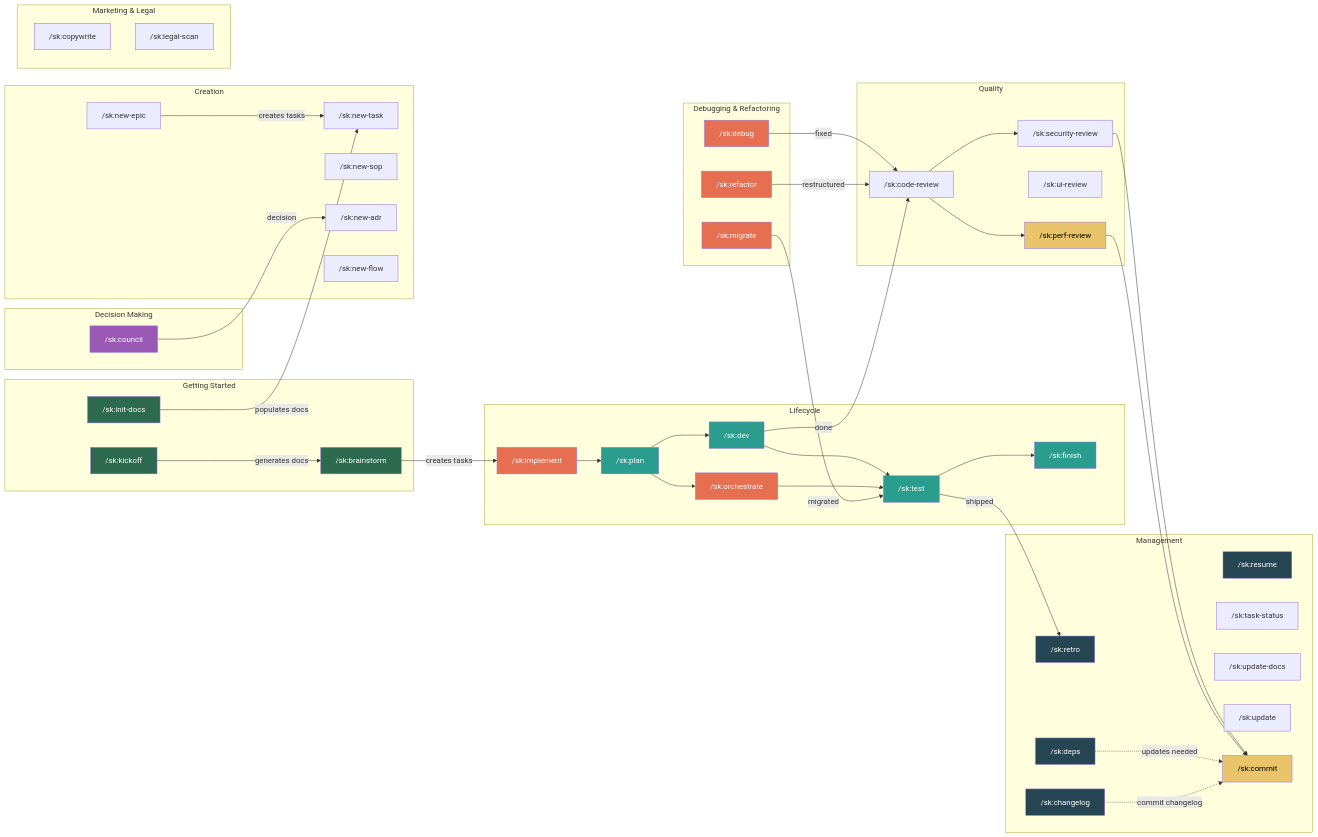
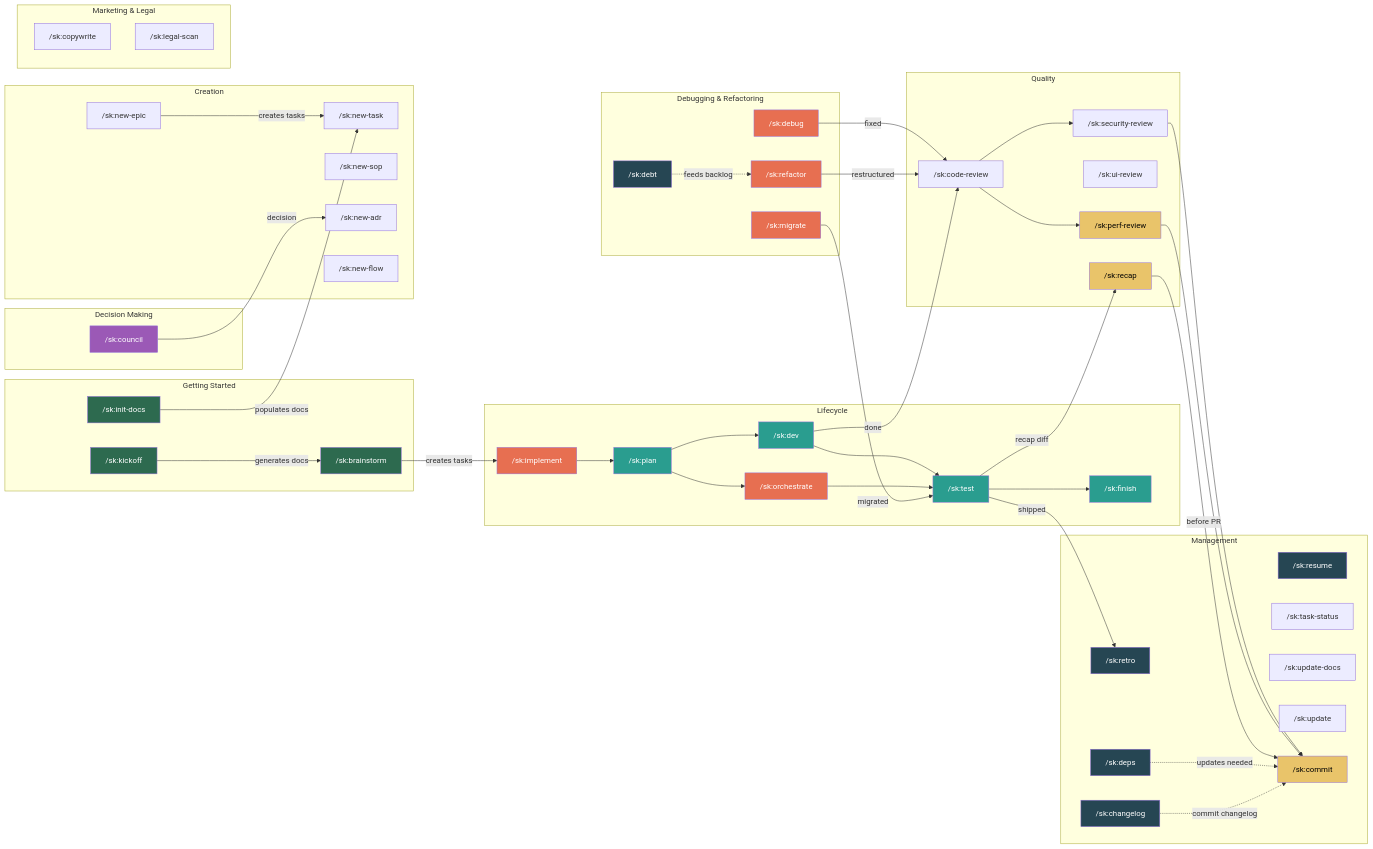
Before and after one commit to moniav/sk: the fifth of 5 diagrams in Readme.md, drawn with Mermaid. The commit also changed other lines of this file, not shown here.

````diff
--- a/Readme.md
+++ b/Readme.md
@@ -292,6 +292,7 @@
         secreview["/sk:security-review"]
         uireview["/sk:ui-review"]
         perfreview["/sk:perf-review"]
+        recap["/sk:recap"]
     end
 
     subgraph "Decision Making"
@@ -302,6 +303,7 @@
         debug["/sk:debug"]
         refactor["/sk:refactor"]
         migrate["/sk:migrate"]
+        debt["/sk:debt"]
     end
 
     subgraph "Marketing & Legal"
@@ -344,6 +346,9 @@
     refactor -->|"restructured"| codereview
     migrate -->|"migrated"| test
     test -->|"shipped"| retro
+    test -->|"recap diff"| recap
+    recap -->|"before PR"| commit
+    debt -.->|"feeds backlog"| refactor
 
     deps -.->|"updates needed"| commit
     changelog -.->|"commit changelog"| commit
@@ -365,6 +370,8 @@
     style retro fill:#264653,color:#fff
     style changelog fill:#264653,color:#fff
     style deps fill:#264653,color:#fff
+    style recap fill:#e9c46a,color:#000
+    style debt fill:#264653,color:#fff
     style commit fill:#e9c46a,color:#000
     style resume fill:#264653,color:#fff
 ```
````
